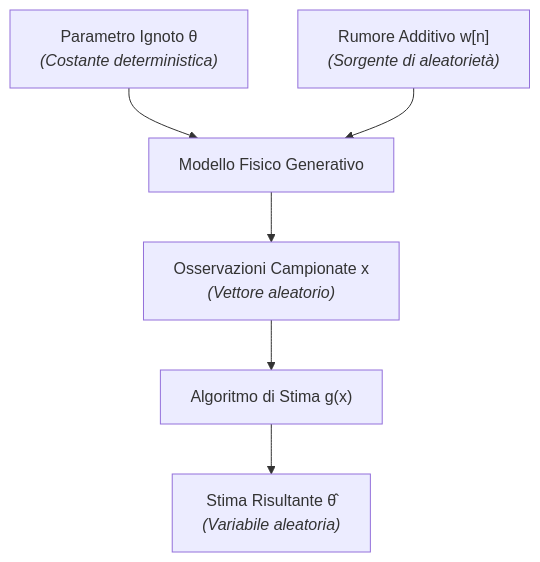
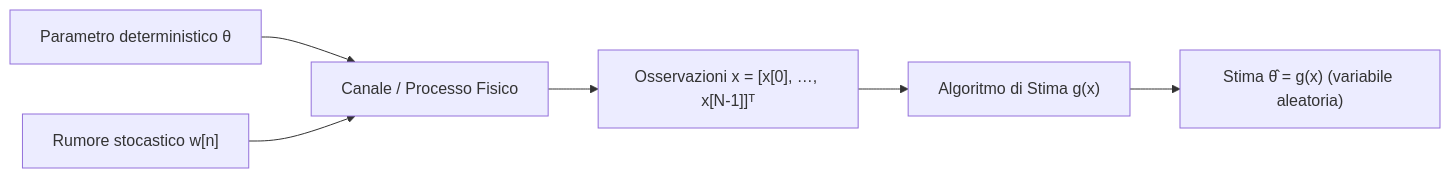
The diagram in Anno 1/Information and Estimation Theory/0. Fondamenti di Stima Classica e Limite di Cramer-Rao.md (michelevantaggi02/Magistrale), drawn with Mermaid before and after one commit. The commit also changed other lines of this file and 1 other file, not shown here.

````diff
--- a/Anno 1/Information and Estimation Theory/0. Fondamenti di Stima Classica e Limite di Cramer-Rao.md
+++ b/Anno 1/Information and Estimation Theory/0. Fondamenti di Stima Classica e Limite di Cramer-Rao.md
@@ -51,8 +25,8 @@
 ```mermaid
-flowchart TD
-    TH["Parametro Ignoto θ<br/><i>(Costante deterministica)</i>"] --> SYS["Modello Fisico Generativo"]
-    W["Rumore Additivo w[n]<br/><i>(Sorgente di aleatorietà)</i>"] --> SYS
-    SYS --> X["Osservazioni Campionate x<br/><i>(Vettore aleatorio)</i>"]
-    X --> ALG["Algoritmo di Stima g(x)"]
-    ALG --> TH_HAT["Stima Risultante θ̂<br/><i>(Variabile aleatoria)</i>"]
+flowchart LR
+    theta["Parametro deterministico θ"] --> process["Canale / Processo Fisico"]
+    noise["Rumore stocastico w[n]"] --> process
+    process --> obs["Osservazioni x = [x[0], …, x[N-1]]ᵀ"]
+    obs --> estimator["Algoritmo di Stima g(x)"]
+    estimator --> theta_hat["Stima θ̂ = g(x) (variabile aleatoria)"]
 ```
````
